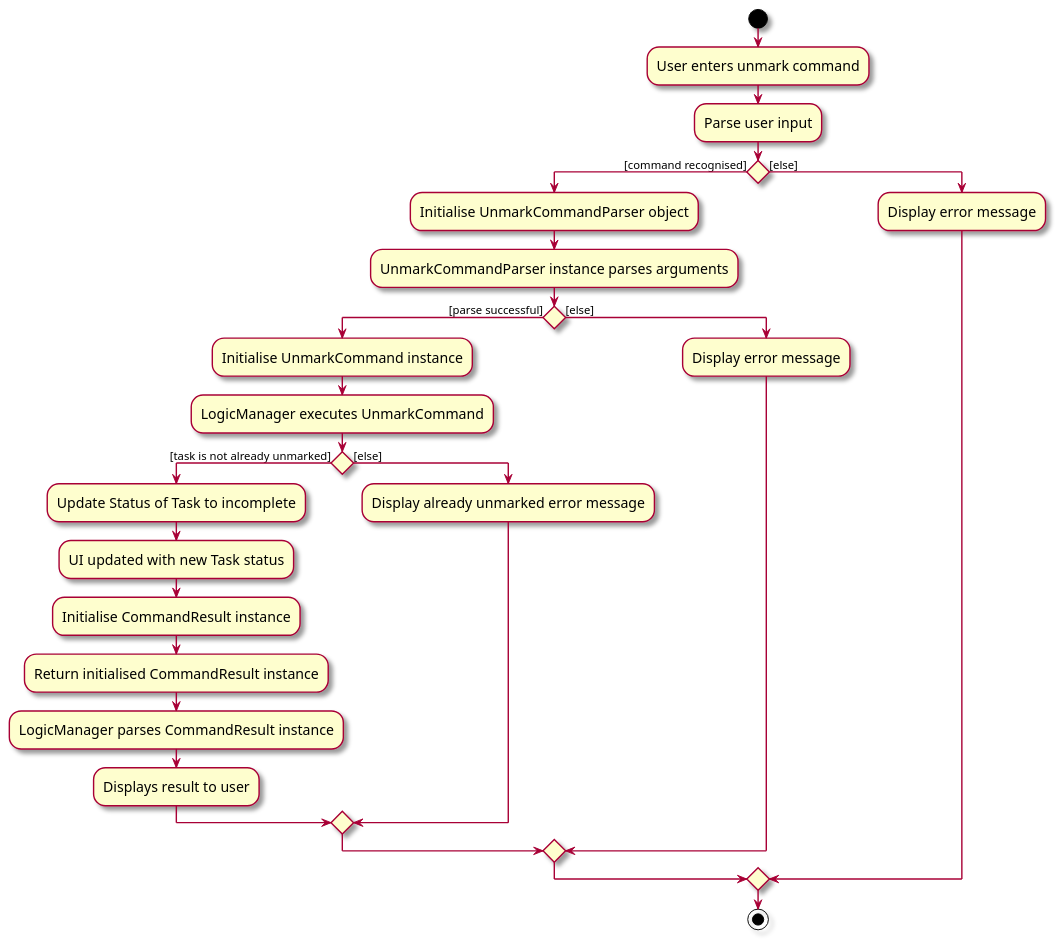
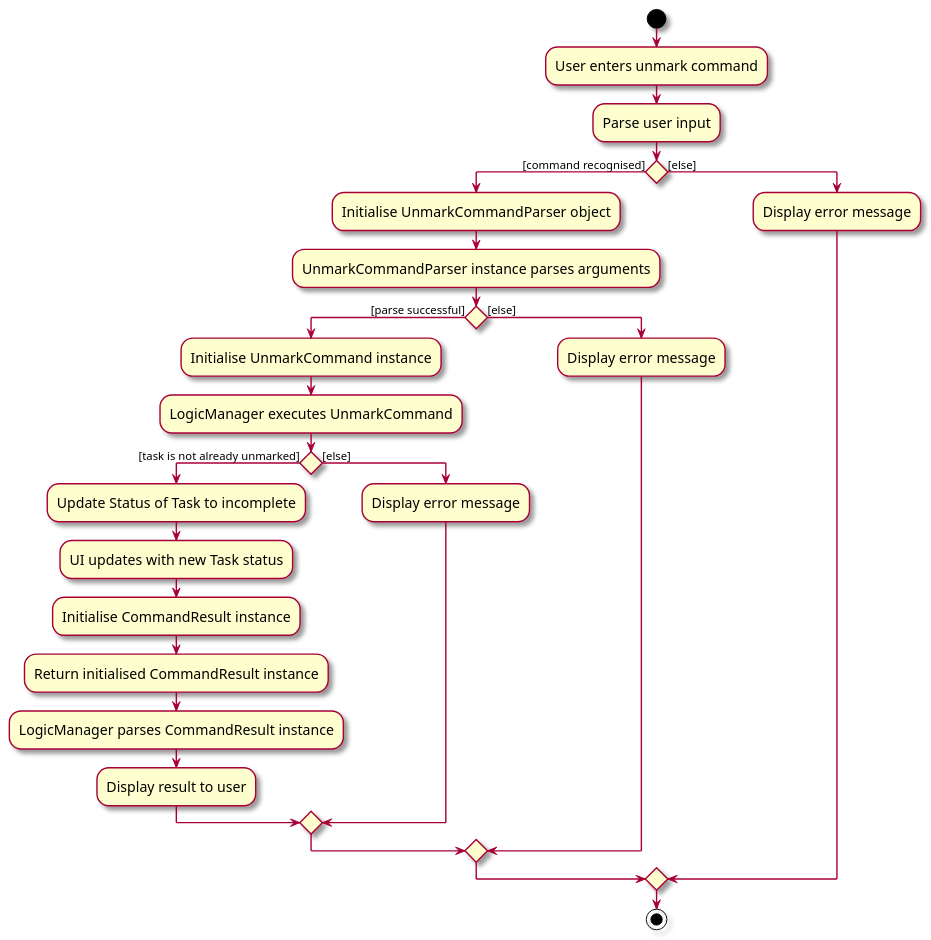
The diagram in docs/diagrams/UnmarkActivityDiagram.puml (seantehds/tp), drawn with PlantUML before and after one commit. The commit also changed 5 other files, not shown here.

Commit message:
Change diagrams to match rest of group

```diff
--- a/docs/diagrams/UnmarkActivityDiagram.puml
+++ b/docs/diagrams/UnmarkActivityDiagram.puml
@@ -1,37 +1,37 @@
 @startuml
 skin rose
 skinparam ActivityFontSize 15
 skinparam ArrowFontSize 12
 start
 :User enters unmark command;
 
 'Since the beta syntax does not support placing the condition outside the
 'diamond we place it as the true branch instead.
 
 :Parse user input;
 
 if () then ([command recognised])
     :Initialise UnmarkCommandParser object;
     :UnmarkCommandParser instance parses arguments;
     if () then ([parse successful])
         :Initialise UnmarkCommand instance;
         :LogicManager executes UnmarkCommand;
         if () then ([task is not already unmarked])
             :Update Status of Task to incomplete;
-            :UI updated with new Task status;
+            :UI updates with new Task status;
             :Initialise CommandResult instance;
             :Return initialised CommandResult instance;
             :LogicManager parses CommandResult instance;
-            :Displays result to user;
+            :Display result to user;
         else ([else])
-            :Display already unmarked error message;
+            :Display error message;
         endif
     else ([else])
         :Display error message;
     endif
 else ([else])
 :Display error message;
 endif
 stop
 
 @enduml
```
